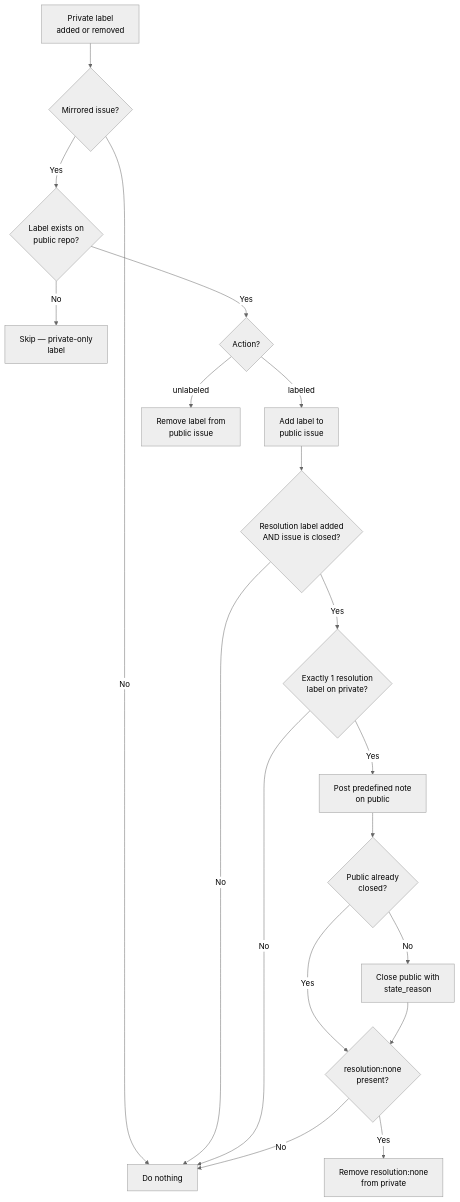
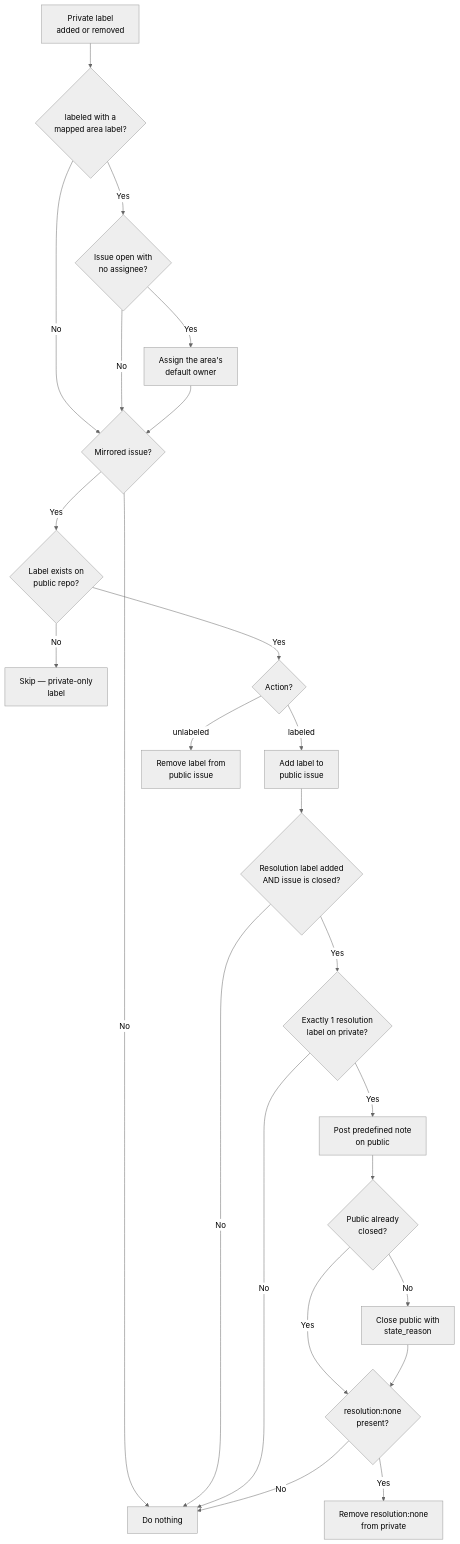
Before and after one commit to Magma-Maths/lyrebird: diagram 14 of 16 in FLOWS.md, drawn with Mermaid (neutral theme). The commit also changed other lines of this file and 5 other files, not shown here.

````diff
--- a/FLOWS.md
+++ b/FLOWS.md
@@ -188,21 +192,26 @@
 ```mermaid
 flowchart TD
-    A["Private label<br/>added or removed"] --> B{"Mirrored issue?"}
+    A["Private label<br/>added or removed"] --> AA{"labeled with a<br/>mapped area label?"}
+    AA -- Yes --> AB{"Issue open with<br/>no assignee?"}
+    AB -- Yes --> AC["Assign the area's<br/>default owner"]
+    AA -- No --> B{"Mirrored issue?"}
+    AB -- No --> B
+    AC --> B
     B -- No --> Z["Do nothing"]
     B -- Yes --> C{"Label exists on<br/>public repo?"}
     C -- No --> Z2["Skip — private-only<br/>label"]
     C -- Yes --> D{"Action?"}
     D -- labeled --> E["Add label to<br/>public issue"]
     D -- unlabeled --> F["Remove label from<br/>public issue"]
     E --> G{"Resolution label added<br/>AND issue is closed?"}
     G -- No --> Z
     G -- Yes --> H{"Exactly 1 resolution<br/>label on private?"}
     H -- No --> Z
     H -- Yes --> I["Post predefined note<br/>on public"]
     I --> J{"Public already<br/>closed?"}
     J -- No --> K["Close public with<br/>state_reason"]
     J -- Yes --> L{"resolution:none<br/>present?"}
     K --> L
     L -- Yes --> M["Remove resolution:none<br/>from private"]
     L -- No --> Z
 ```
````
